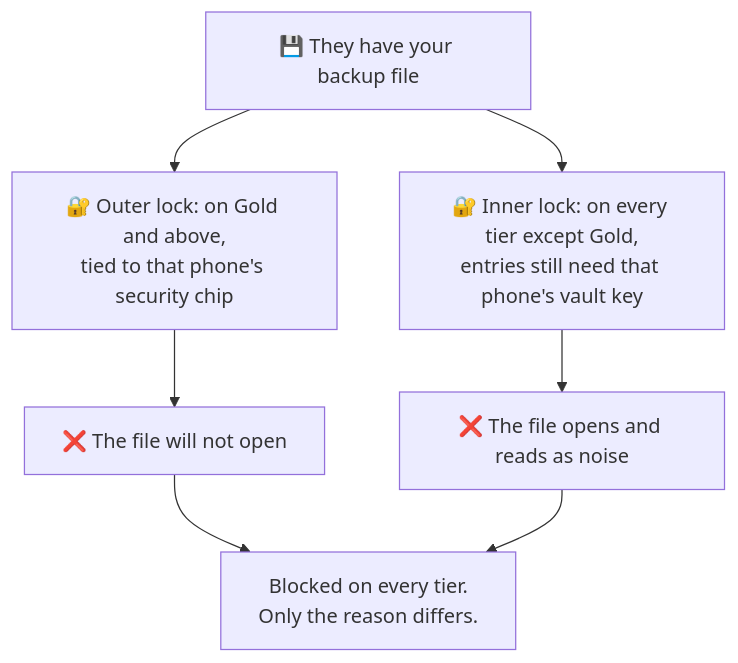
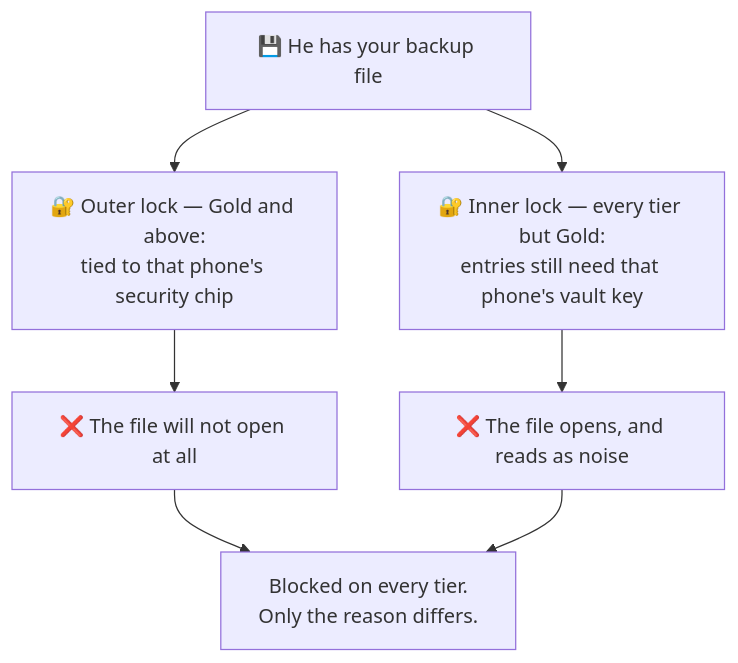
One commit to TuPhung369/passwordepic-website changed the sixth of 11 diagrams in docs/attack-scenarios.md. Above: the diagram before and after it, drawn with Mermaid. The commit also changed other lines of this file and 6 other files, not shown here.

````diff
--- a/docs/attack-scenarios.md
+++ b/docs/attack-scenarios.md
@@ -167,9 +282,9 @@
 ```mermaid
 flowchart TD
-  A["💾 They have your backup file"] --> B["🔐 Outer lock: on Gold and above,<br/>tied to that phone's security chip"]
-  A --> C["🔐 Inner lock: on every tier except Gold,<br/>entries still need that phone's vault key"]
-  B --> D["❌ The file will not open"]
-  C --> E["❌ The file opens and reads as noise"]
+  A["💾 He has your backup file"] --> B["🔐 Outer lock — Gold and above:<br/>tied to that phone's security chip"]
+  A --> C["🔐 Inner lock — every tier but Gold:<br/>entries still need that phone's vault key"]
+  B --> D["❌ The file will not open at all"]
+  C --> E["❌ The file opens, and reads as noise"]
   D --> F["Blocked on every tier.<br/>Only the reason differs."]
   E --> F
 ```
````
